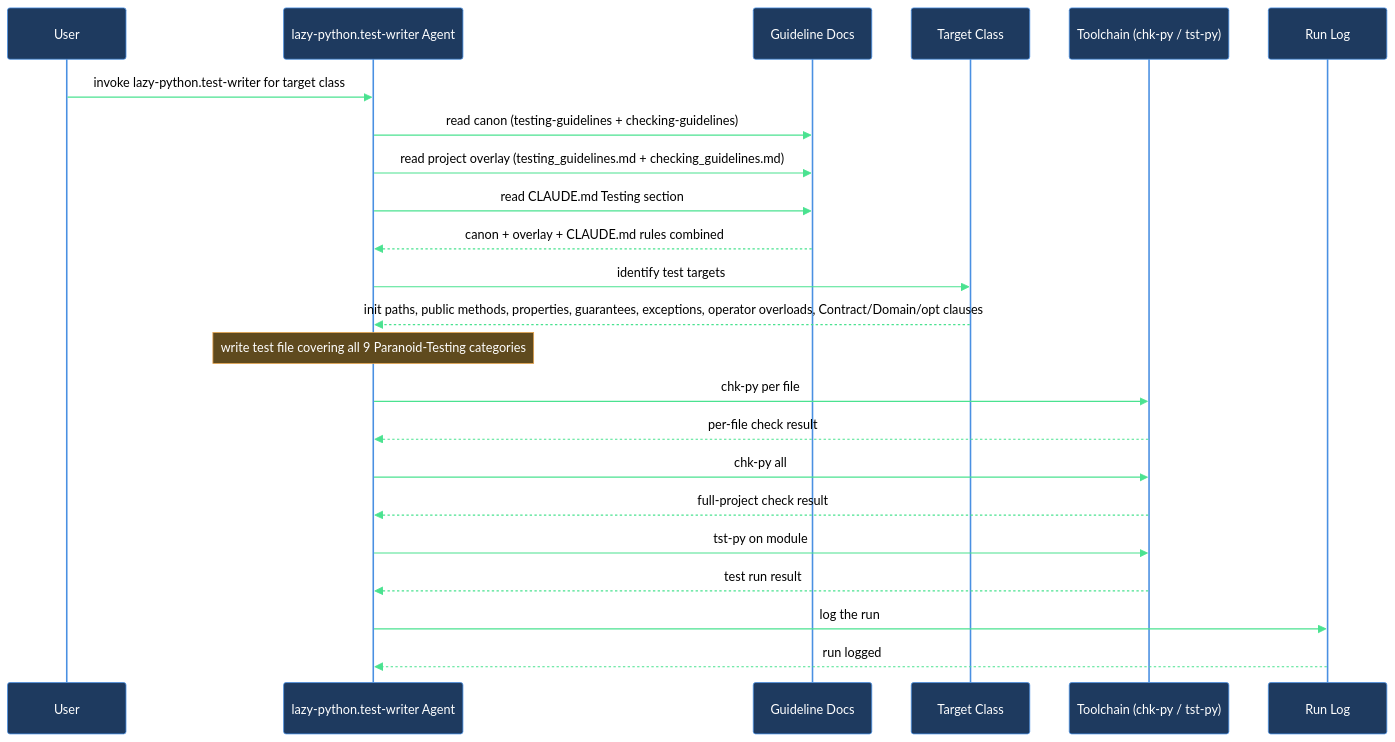
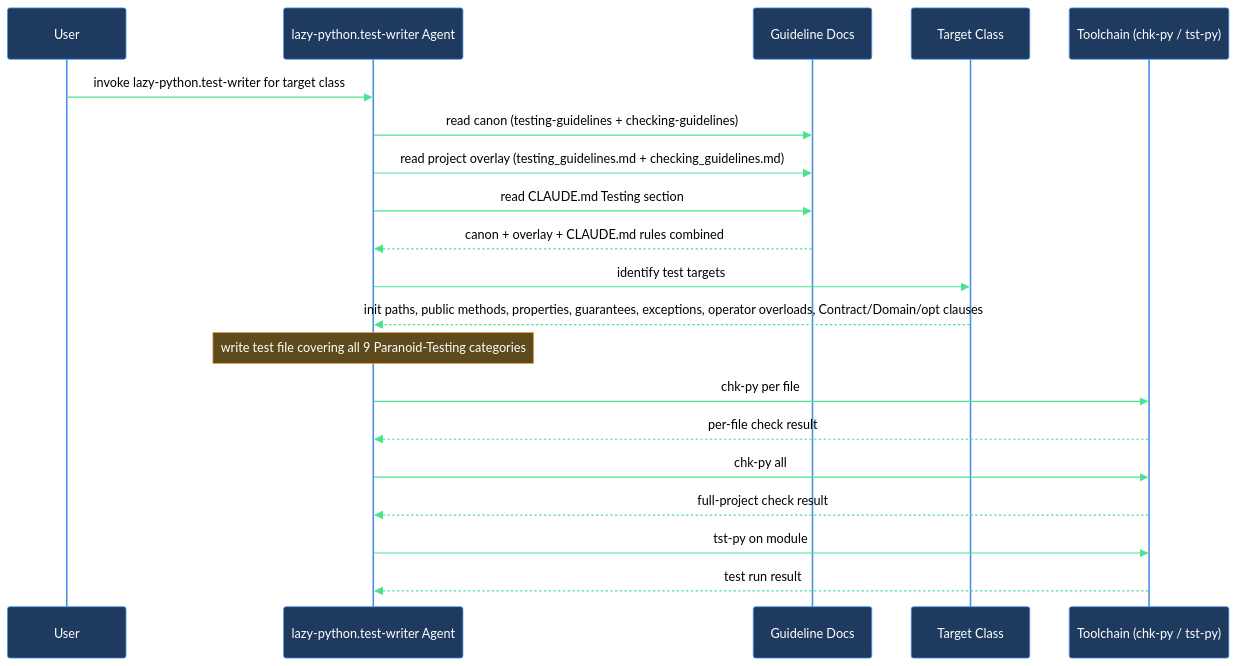
One commit to mebius-san/lazy-cortex changed the diagram in plugins/claude/lazycortex-python/help/walkthroughs/write-tests-for-new-class.md. Above: the diagram before and after it, drawn with Mermaid. The commit also changed other lines of this file and 251 other files, not shown here.

First line of the commit message:
release core 10.2.0, diagram 2.0.1, experts 1.9.2, observe 2.2.1, obsidian 6.0.1, python 4.7.2, review 6.9.1, specs 9.7.2, wiki 3.3.2

````diff
--- a/plugins/claude/lazycortex-python/help/walkthroughs/write-tests-for-new-class.md
+++ b/plugins/claude/lazycortex-python/help/walkthroughs/write-tests-for-new-class.md
@@ -177,27 +175,24 @@
 ```mermaid
 %%{init: {'themeVariables':{'background':'transparent','primaryColor':'#1e3a5f','primaryBorderColor':'#4a90e2','primaryTextColor':'#fff','lineColor':'#4ae290','actorBkg':'#1e3a5f','actorBorder':'#4a90e2','actorTextColor':'#fff','actorLineColor':'#4a90e2','signalColor':'#4ae290','signalTextColor':'#000','noteBkgColor':'#5f4a1e','noteBorderColor':'#e2a14a','noteTextColor':'#fff','labelBoxBkgColor':'#5f4a1e','labelBoxBorderColor':'#e2a14a','labelTextColor':'#fff','loopTextColor':'#e2a14a'},'sequence':{'diagramPadding':5,'useMaxWidth':true}}}%%
 sequenceDiagram
   participant user as User
   participant testWriter as lazy-python.test-writer Agent
   participant docs as Guideline Docs
   participant targetClass as Target Class
   participant toolchain as Toolchain (chk-py / tst-py)
-  participant runLog as Run Log
 
   user->>testWriter: invoke lazy-python.test-writer for target class
   testWriter->>docs: read canon (testing-guidelines + checking-guidelines)
   testWriter->>docs: read project overlay (testing_guidelines.md + checking_guidelines.md)
   testWriter->>docs: read CLAUDE.md Testing section
   docs-->>testWriter: canon + overlay + CLAUDE.md rules combined
   testWriter->>targetClass: identify test targets
   targetClass-->>testWriter: init paths, public methods, properties, guarantees, exceptions, operator overloads, Contract/Domain/opt clauses
   Note over testWriter: write test file covering all 9 Paranoid-Testing categories
   testWriter->>toolchain: chk-py per file
   toolchain-->>testWriter: per-file check result
   testWriter->>toolchain: chk-py all
   toolchain-->>testWriter: full-project check result
   testWriter->>toolchain: tst-py on module
   toolchain-->>testWriter: test run result
-  testWriter->>runLog: log the run
-  runLog-->>testWriter: run logged
 ```
````
